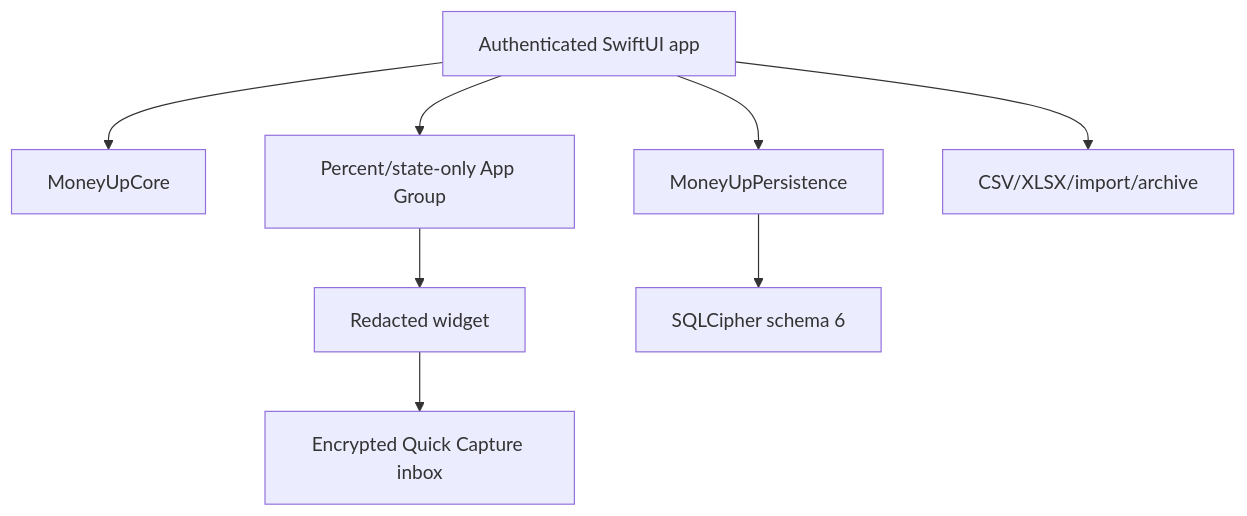
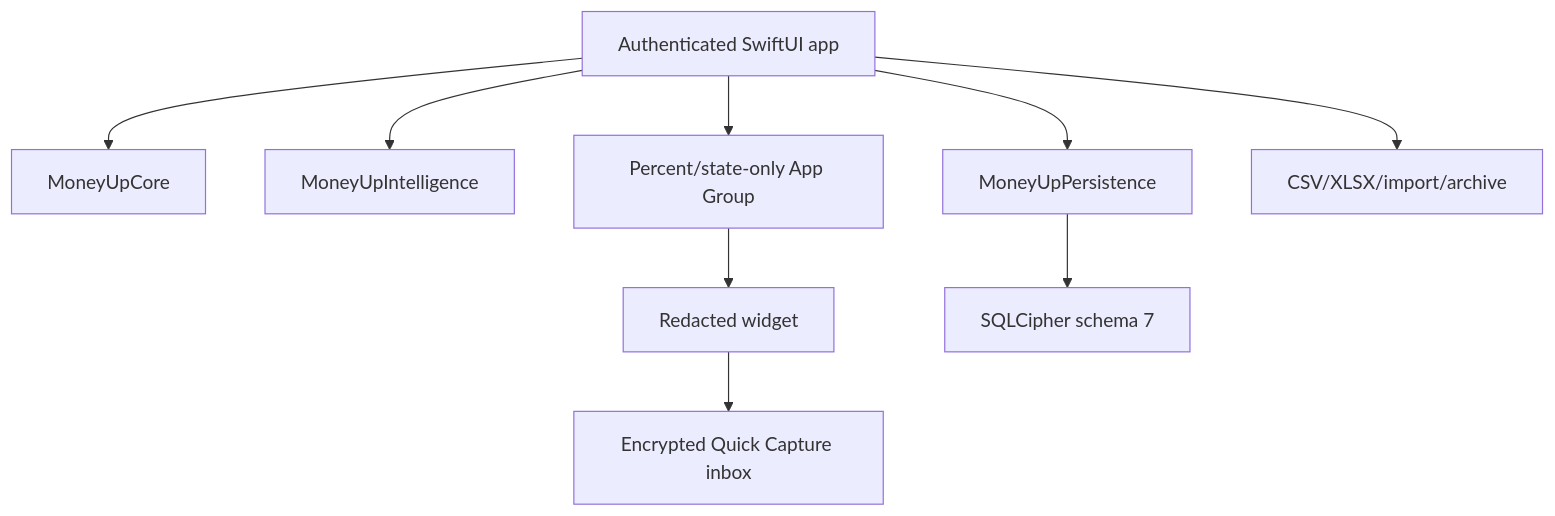
Before and after one commit to LaiWenKang/MoneyUp: the diagram in docs/ARCHITECTURE.md, drawn with Mermaid. The commit also changed other lines of this file and 12 other files, not shown here.

````diff
--- a/docs/ARCHITECTURE.md
+++ b/docs/ARCHITECTURE.md
@@ -5,10 +5,11 @@
 ```mermaid
 flowchart TD
     Widget["Redacted widget"] --> Capture["Encrypted Quick Capture inbox"]
     App["Authenticated SwiftUI app"] --> Core["MoneyUpCore"]
+    App --> Intel["MoneyUpIntelligence"]
     App --> Store["MoneyUpPersistence"]
-    Store --> Cipher["SQLCipher schema 6"]
+    Store --> Cipher["SQLCipher schema 7"]
     App --> Shared["Percent/state-only App Group"]
     Shared --> Widget
     App --> Files["CSV/XLSX/import/archive"]
 ```
````
